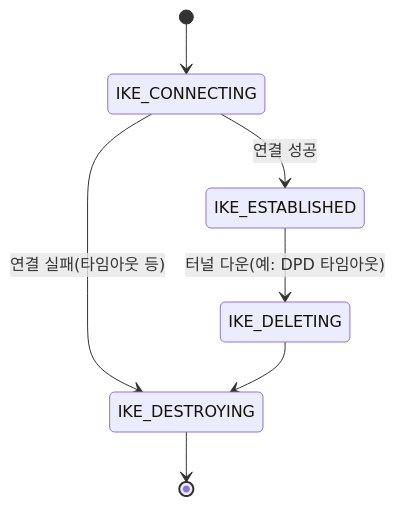
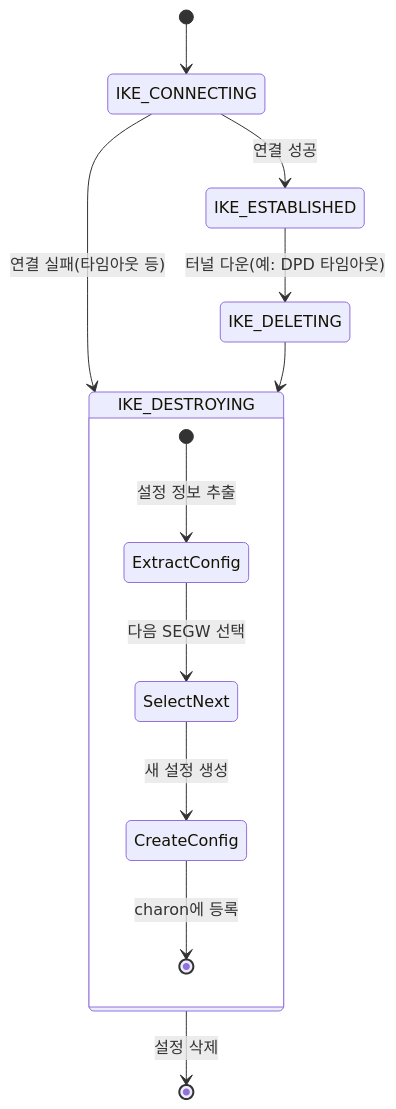
One commit to JiHuDad/strongswan changed the third of 3 diagrams in src/libcharon/plugins/extsock/design/2nd_segw/2nd_segw_design.md. Above: the diagram before and after it, drawn with Mermaid. The commit also changed other lines of this file, not shown here.

First line of the commit message:
Enhance design documentation for 2nd SEGW support in extsock plugin

````diff
--- a/src/libcharon/plugins/extsock/design/2nd_segw/2nd_segw_design.md
+++ b/src/libcharon/plugins/extsock/design/2nd_segw/2nd_segw_design.md
@@ -65,9 +239,17 @@
 ```mermaid
 stateDiagram-v2
     [*] --> IKE_CONNECTING
     IKE_CONNECTING --> IKE_ESTABLISHED: 연결 성공
     IKE_CONNECTING --> IKE_DESTROYING: 연결 실패(타임아웃 등)
     IKE_ESTABLISHED --> IKE_DELETING: 터널 다운(예: DPD 타임아웃)
     IKE_DELETING --> IKE_DESTROYING
-    IKE_DESTROYING --> [*]
+    
+    state IKE_DESTROYING {
+        [*] --> ExtractConfig: 설정 정보 추출
+        ExtractConfig --> SelectNext: 다음 SEGW 선택
+        SelectNext --> CreateConfig: 새 설정 생성
+        CreateConfig --> [*]: charon에 등록
+    }
+    
+    IKE_DESTROYING --> [*]: 설정 삭제
 ```
````
